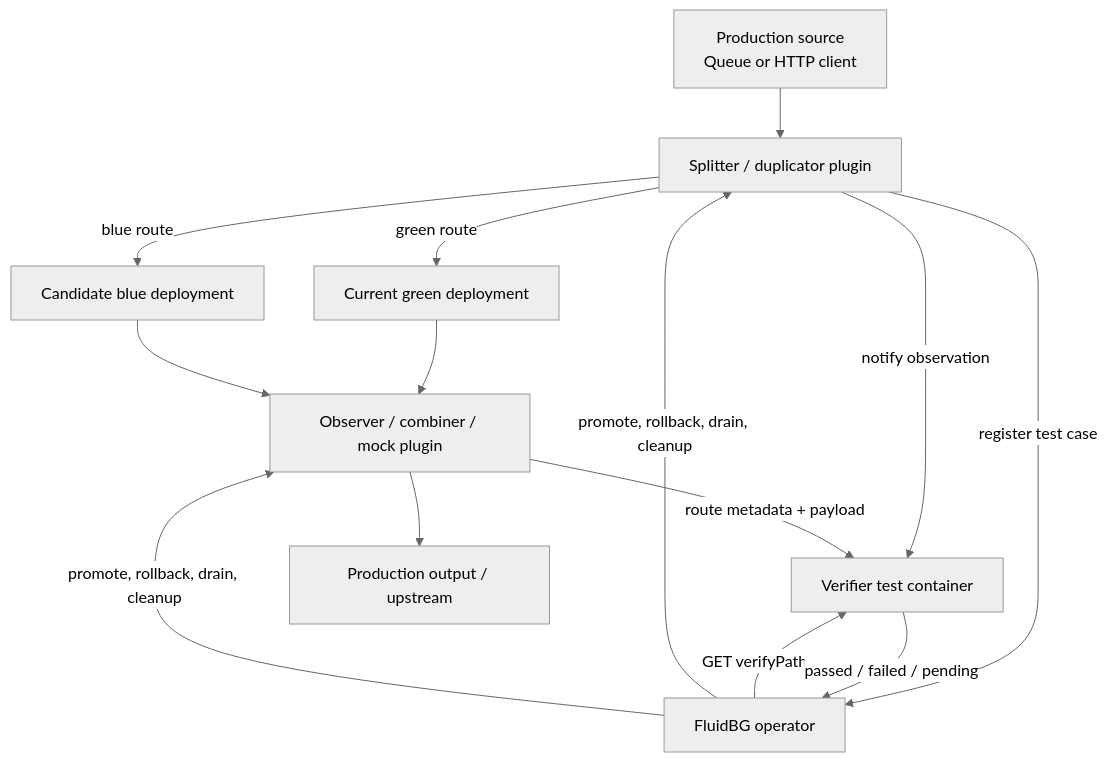
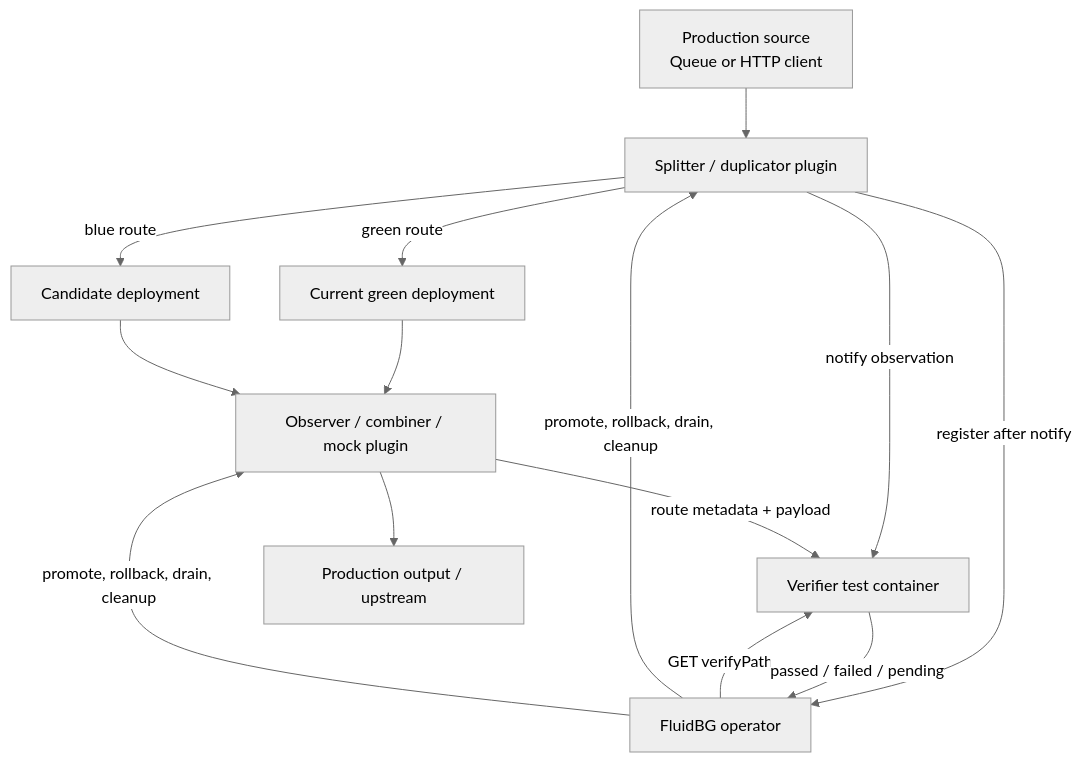
One commit to dlahmad/fluidbgoperator changed the second of 4 diagrams in docs/reference/architecture.md. Above: the diagram before and after it, drawn with Mermaid (neutral theme). The commit also changed other lines of this file and 70 other files, not shown here.

````diff
--- a/docs/reference/architecture.md
+++ b/docs/reference/architecture.md
@@ -59,25 +59,25 @@
 ```mermaid
 flowchart TD
     SRC["Production source<br/>Queue or HTTP client"]
     SPLIT["Splitter / duplicator plugin"]
     GREEN["Current green deployment"]
-    BLUE["Candidate blue deployment"]
+    BLUE["Candidate deployment"]
     OBS["Observer / combiner / mock plugin"]
     TEST["Verifier test container"]
     OP["FluidBG operator"]
     OUT["Production output / upstream"]
 
     SRC --> SPLIT
     SPLIT -->|"green route"| GREEN
     SPLIT -->|"blue route"| BLUE
-    SPLIT -->|"register test case"| OP
     SPLIT -->|"notify observation"| TEST
+    SPLIT -->|"register after notify"| OP
     GREEN --> OBS
     BLUE --> OBS
     OBS -->|"route metadata + payload"| TEST
     OBS --> OUT
     OP -->|"GET verifyPath"| TEST
     TEST -->|"passed / failed / pending"| OP
     OP -->|"promote, rollback, drain, cleanup"| SPLIT
     OP -->|"promote, rollback, drain, cleanup"| OBS
 ```
````
